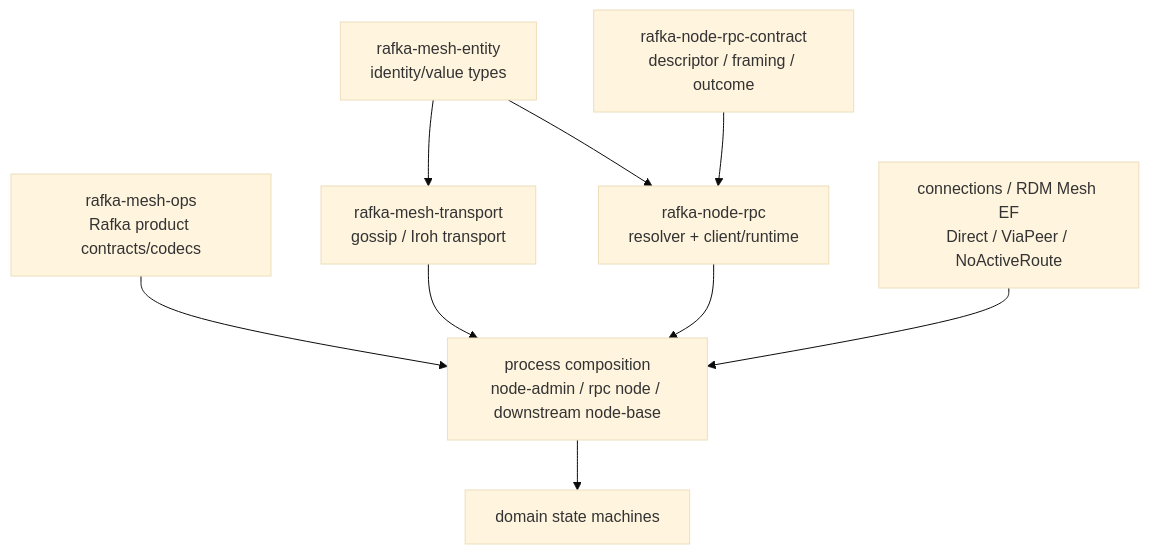
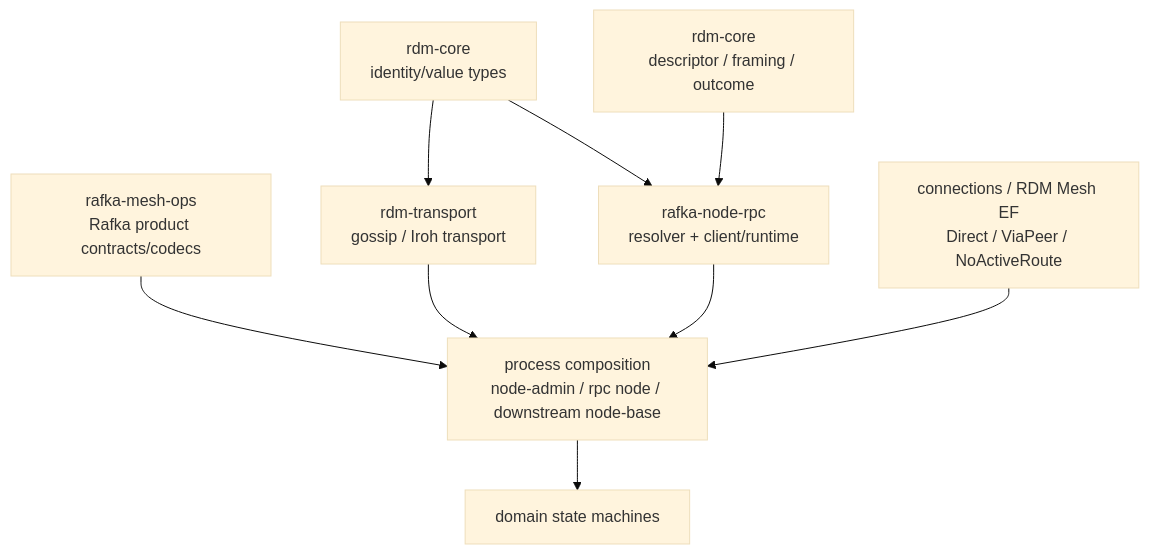
One commit to drlukeangel/rust-distributed-mesh changed the first of 2 diagrams in docs/architecture/node-rpc.md. Above: the diagram before and after it, drawn with Mermaid (base theme). The commit also changed other lines of this file and 9 other files, not shown here.

Commit message:
docs(pages, CLAUDE.md, OPERATING.md): the crates by their names: rdm-admin, rdm-core, rdm-transport, rdm-test, rdm-client, rdm-node; the demo admin UI and the rshape roles; no planned: paths

```diff
--- a/docs/architecture/node-rpc.md
+++ b/docs/architecture/node-rpc.md
@@ -32,13 +32,13 @@
 ~~~mermaid
 flowchart TB
-    ME[rafka-mesh-entity\nidentity/value types] --> MT[rafka-mesh-transport\ngossip / Iroh transport]
+    ME[rdm-core\nidentity/value types] --> MT[rdm-transport\ngossip / Iroh transport]
     ME --> NR[rafka-node-rpc\nresolver + client/runtime]
-    NC[rafka-node-rpc-contract\ndescriptor / framing / outcome] --> NR
+    NC[rdm-core\ndescriptor / framing / outcome] --> NR
     MO[rafka-mesh-ops\nRafka product contracts/codecs] --> PC
 
     MT --> PC[process composition\nnode-admin / rpc node / downstream node-base]
     NR --> PC
     C[connections / RDM Mesh EF\nDirect / ViaPeer / NoActiveRoute] --> PC
 
     PC --> D[domain state machines]
 ~~~
```
